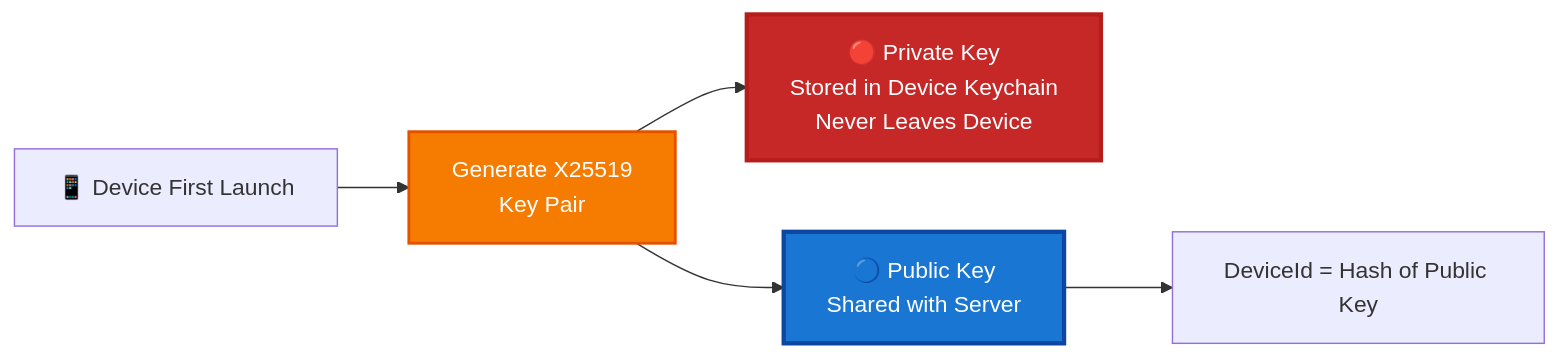
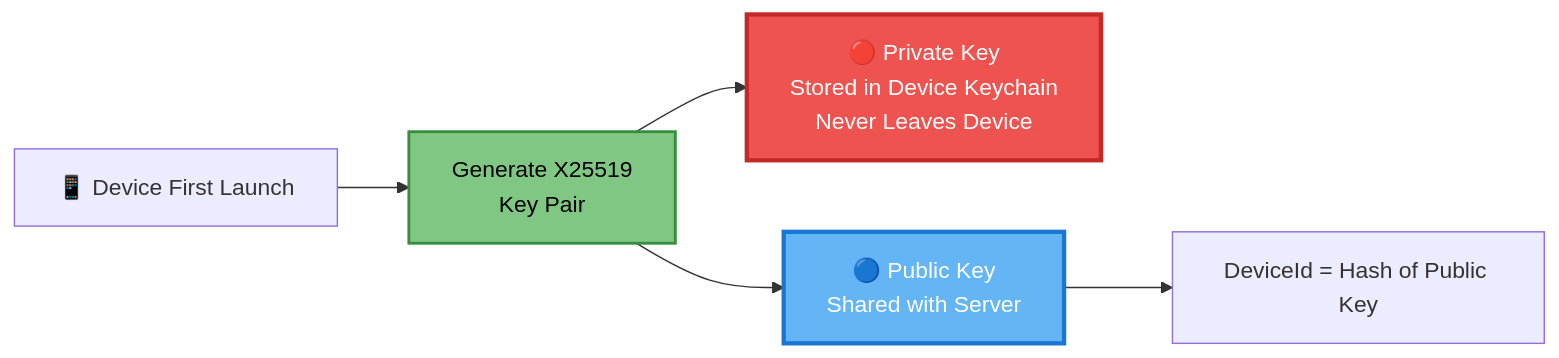
One commit to meta-secret/meta-secret-core changed the fourth of 12 diagrams in docs/meta-secret-technical-presentation.md. Above: the diagram before and after it, drawn with Mermaid. The commit also changed other lines of this file, not shown here.

````diff
--- a/docs/meta-secret-technical-presentation.md
+++ b/docs/meta-secret-technical-presentation.md
@@ -304,13 +304,13 @@
 ```mermaid
 flowchart LR
     DEVICE[📱 Device First Launch] --> KEYGEN[Generate X25519<br/>Key Pair]
     
     KEYGEN --> PRIVATE[🔴 Private Key<br/>Stored in Device Keychain<br/>Never Leaves Device]
     KEYGEN --> PUBLIC[🔵 Public Key<br/>Shared with Server]
     
     PUBLIC --> DEVID[DeviceId = Hash of Public Key]
     
-    style PRIVATE fill:#c62828,color:#fff,stroke:#b71c1c,stroke-width:3px
-    style PUBLIC fill:#1976d2,color:#fff,stroke:#0d47a1,stroke-width:3px
-    style KEYGEN fill:#f57c00,color:#fff,stroke:#e65100,stroke-width:2px
+    style PRIVATE fill:#ef5350,color:#fff,stroke:#c62828,stroke-width:3px
+    style PUBLIC fill:#64b5f6,color:#fff,stroke:#1976d2,stroke-width:3px
+    style KEYGEN fill:#81c784,color:#000,stroke:#388e3c,stroke-width:2px
 ```
````
